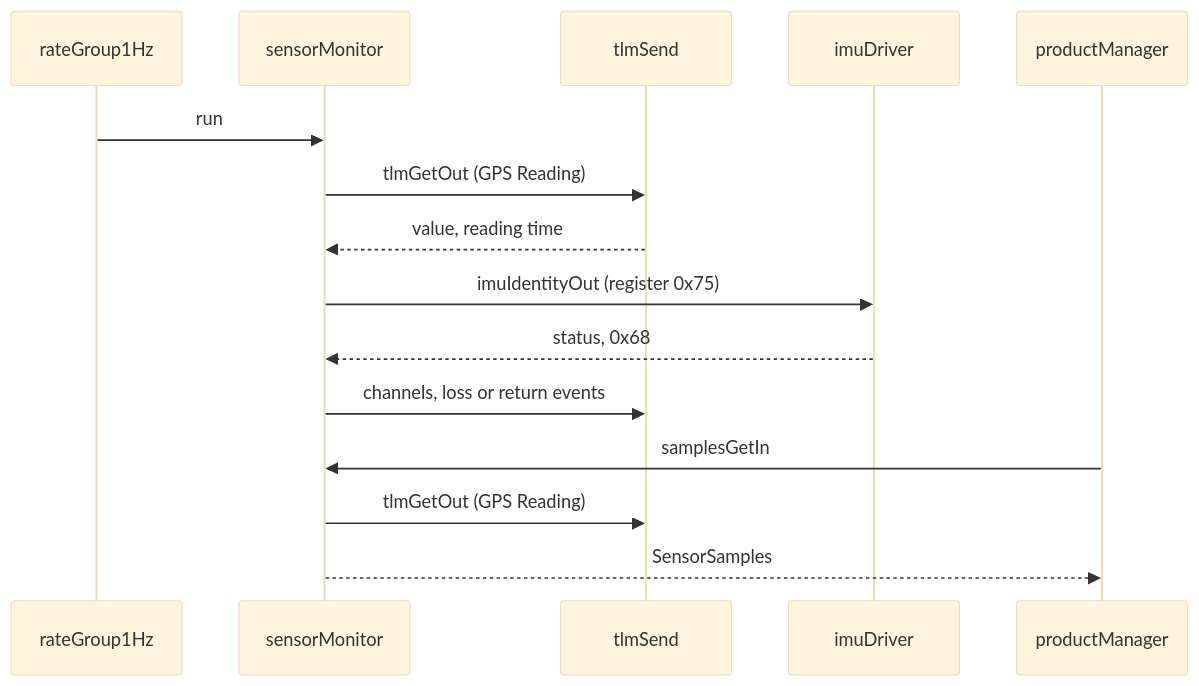
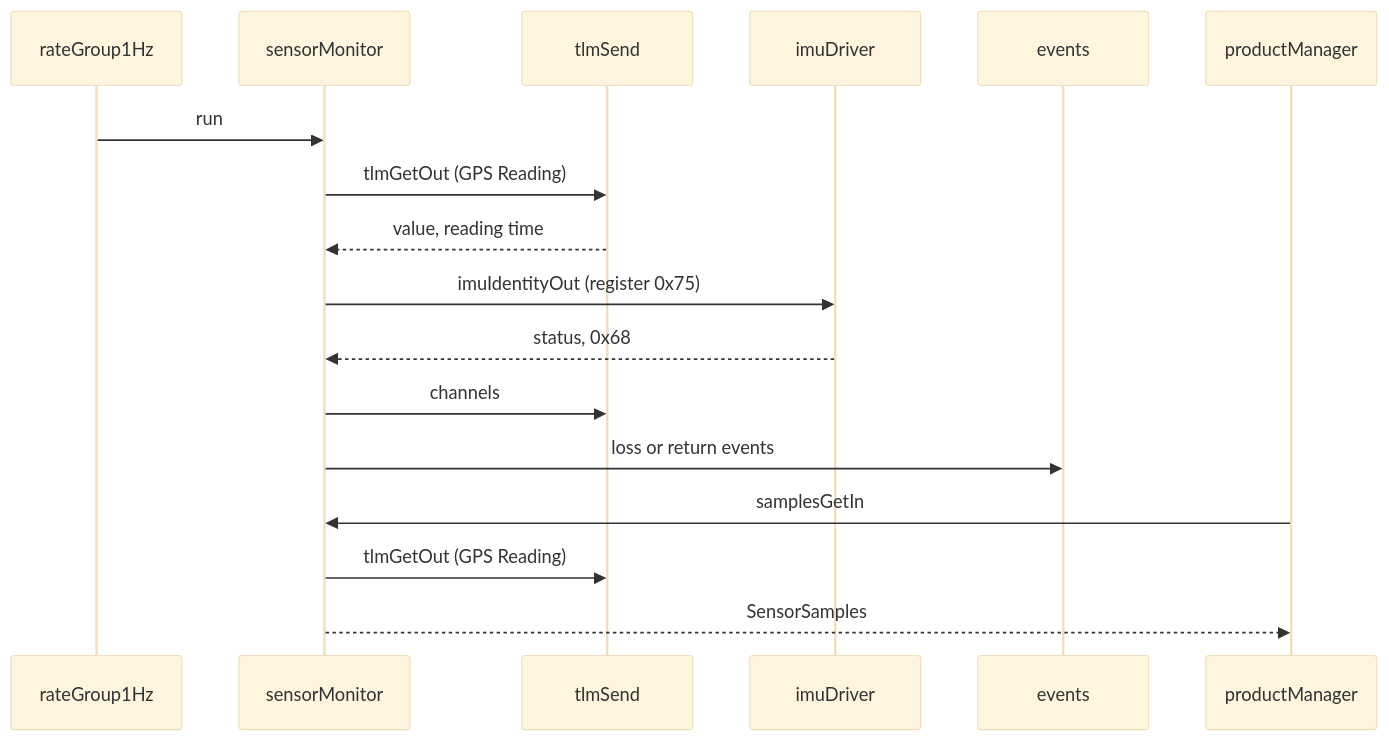
The diagram in Components/SensorMonitor/docs/sdd.md (lestarch-autobot/fprime-pi-sensor-reference), drawn with Mermaid (base theme) before and after one commit. The commit also changed other lines of this file and 1 other file, not shown here.

````diff
--- a/Components/SensorMonitor/docs/sdd.md
+++ b/Components/SensorMonitor/docs/sdd.md
@@ -172,17 +172,19 @@
 ```mermaid
 sequenceDiagram
     participant RG as rateGroup1Hz
     participant SM as sensorMonitor
     participant TC as tlmSend
     participant I2C as imuDriver
+    participant EV as events
     participant PM as productManager
     RG->>SM: run
     SM->>TC: tlmGetOut (GPS Reading)
     TC-->>SM: value, reading time
     SM->>I2C: imuIdentityOut (register 0x75)
     I2C-->>SM: status, 0x68
-    SM->>TC: channels, loss or return events
+    SM->>TC: channels
+    SM->>EV: loss or return events
     PM->>SM: samplesGetIn
     SM->>TC: tlmGetOut (GPS Reading)
     SM-->>PM: SensorSamples
 ```
````
